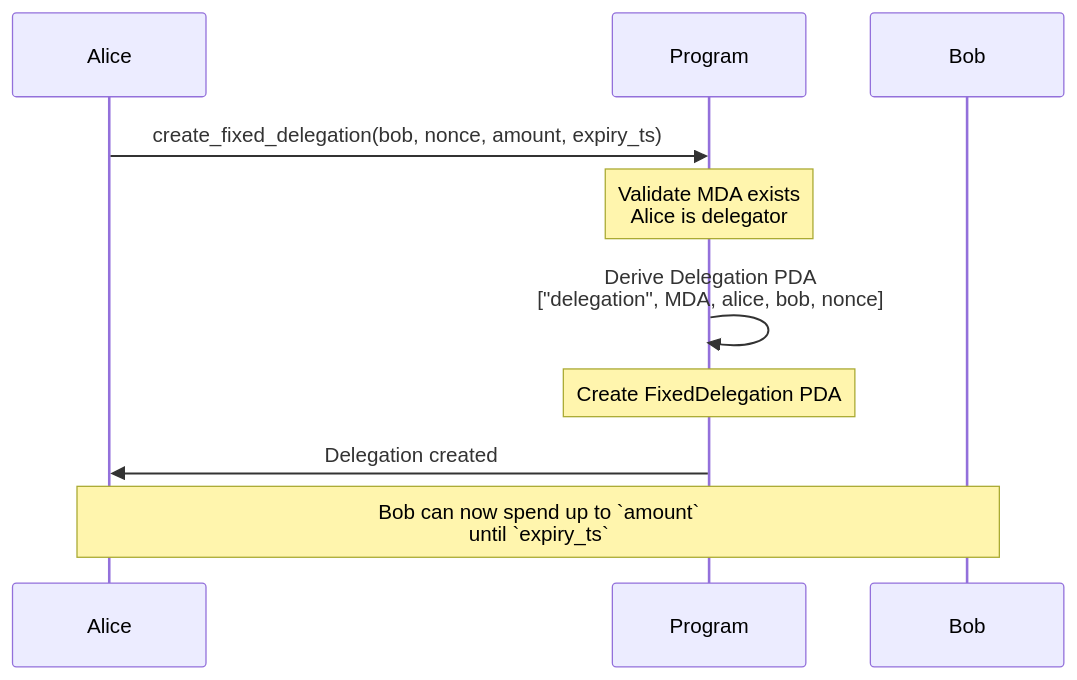
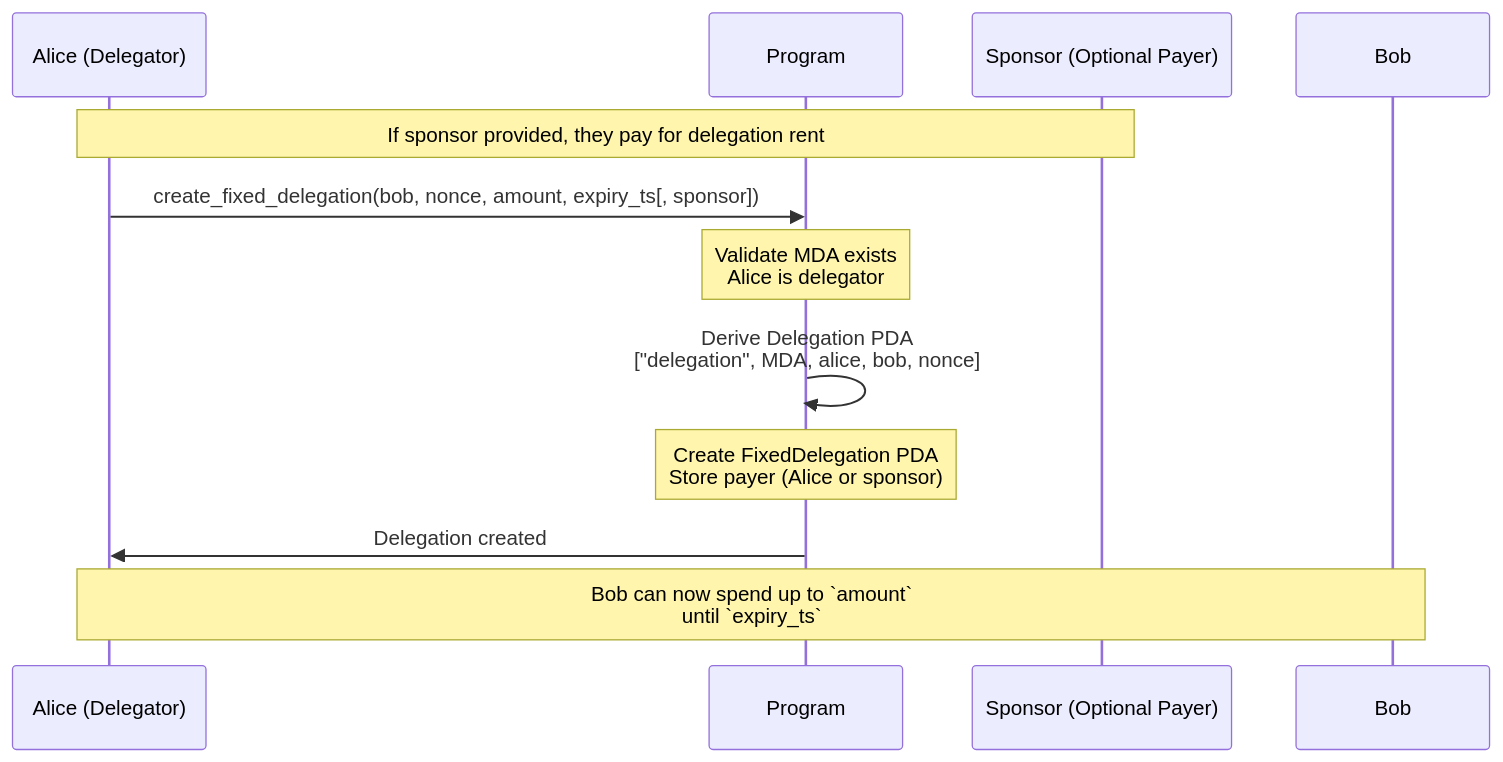
The third of 6 diagrams in docs/001-multi-delegator-architecture.md (solana-program/multi-delegator), drawn with Mermaid before and after one commit. The commit also changed other lines of this file and 10 other files, not shown here.

````diff
--- a/docs/001-multi-delegator-architecture.md
+++ b/docs/001-multi-delegator-architecture.md
@@ -66,15 +66,18 @@
 ```mermaid
 sequenceDiagram
-    participant A as Alice
+    participant A as Alice (Delegator)
     participant P as Program
+    participant S as Sponsor (Optional Payer)
     participant B as Bob
 
-    A->>P: create_fixed_delegation(bob, nonce, amount, expiry_ts)
+    Note over A,S: If sponsor provided, they pay for delegation rent
+
+    A->>P: create_fixed_delegation(bob, nonce, amount, expiry_ts[, sponsor])
     Note over P: Validate MDA exists<br/>Alice is delegator
 
     P->>P: Derive Delegation PDA<br/>["delegation", MDA, alice, bob, nonce]
-    Note over P: Create FixedDelegation PDA
+    Note over P: Create FixedDelegation PDA<br/>Store payer (Alice or sponsor)
     P->>A: Delegation created
 
     Note over A,B: Bob can now spend up to `amount`<br/>until `expiry_ts`
 ```
````
